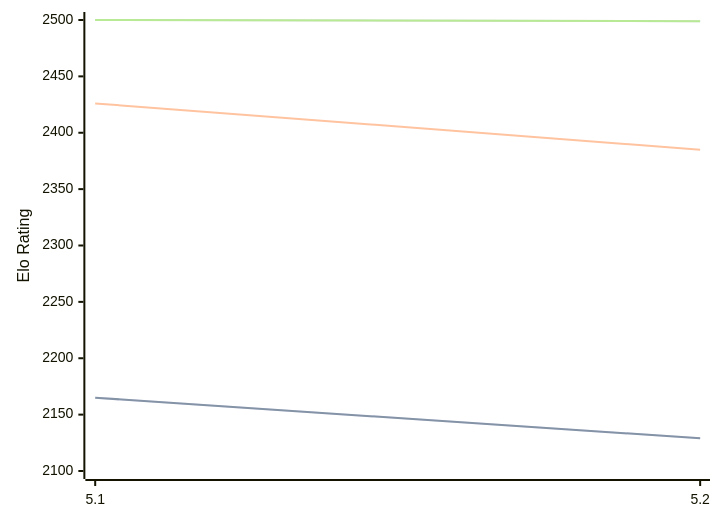
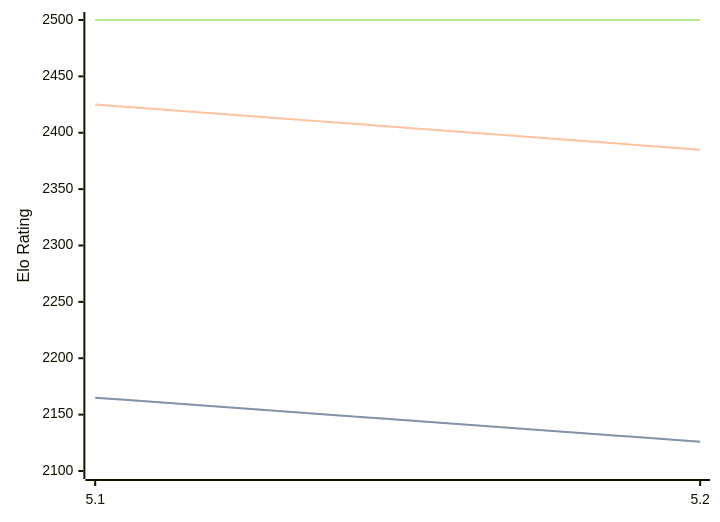
One commit to computer-chess-index/cci changed the diagram in engines/Prophet.md. Above: the diagram before and after it, drawn with Mermaid. The commit also changed other lines of this file, not shown here.

Commit message:
Update CCI Ratings (ELO VLTC) - 2026-09-09

````diff
--- a/engines/Prophet.md
+++ b/engines/Prophet.md
@@ -32,11 +32,11 @@
 ```mermaid
 %%{init: {"theme":"base","themeVariables":{"seriesColors:['#a3a3a3','#222221','#faa371']}}}%%
 xychart-beta
   x-axis ["5.1", "5.2"]
   y-axis "Elo Rating" 2100 --> 2500
-  line "" [2165, 2129]
-  line "STC (8.0+0.08s)" [2165, 2129]
-  line "LTC (60.0+0.60s)" [2426, 2385]
-  line "" [2500, 2499]
-  line "VLTC (2m24s+1.12s)" [2500, 2499]
+  line "" [2165, 2126]
+  line "STC (8.0+0.08s)" [2165, 2126]
+  line "LTC (60.0+0.60s)" [2425, 2385]
+  line "" [2500, 2500]
+  line "VLTC (2m24s+1.12s)" [2500, 2500]
 ```
````
